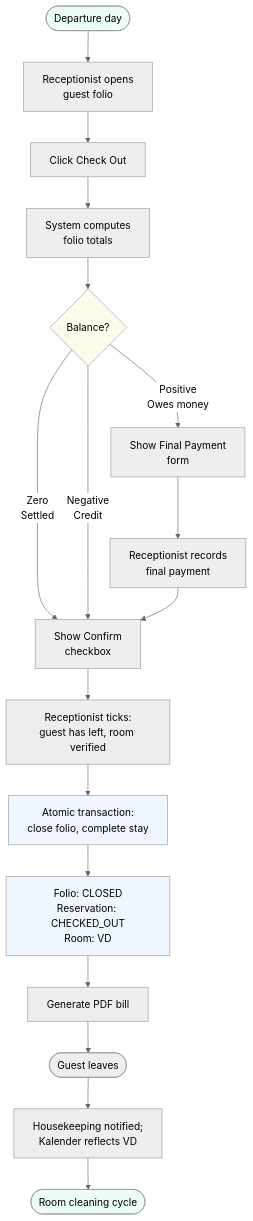
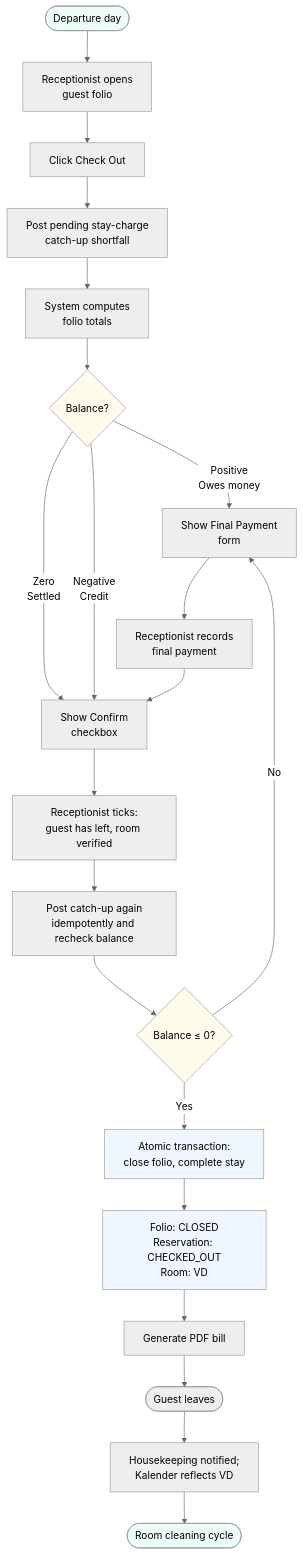
The fifth of 9 diagrams in docs/business_process_mvp.md (nurmareko/zadd-hotel-pms), drawn with Mermaid (neutral theme) before and after one commit. The commit also changed other lines of this file and 3 other files, not shown here.

````diff
--- a/docs/business_process_mvp.md
+++ b/docs/business_process_mvp.md
@@ -153,28 +153,33 @@
 ```mermaid
 flowchart TD
     A([Departure day]) --> B[Receptionist opens<br/>guest folio]
     B --> C[Click Check Out]
-    C --> D[System computes<br/>folio totals]
-    D --> E{Balance?}
+    C --> D[Post pending stay-charge<br/>catch-up shortfall]
+    D --> E[System computes<br/>folio totals]
+    E --> F{Balance?}
 
-    E -->|Positive<br/>Owes money| F[Show Final Payment<br/>form]
-    E -->|Zero<br/>Settled| H[Show Confirm<br/>checkbox]
-    E -->|Negative<br/>Credit| H
+    F -->|Positive<br/>Owes money| G[Show Final Payment<br/>form]
+    F -->|Zero<br/>Settled| I[Show Confirm<br/>checkbox]
+    F -->|Negative<br/>Credit| I
 
-    F --> G[Receptionist records<br/>final payment]
-    G --> H
+    G --> H[Receptionist records<br/>final payment]
+    H --> I
 
-    H --> I[Receptionist ticks:<br/>guest has left, room verified]
-    I --> J[Atomic transaction:<br/>close folio, complete stay]
-    J --> K[Folio: CLOSED<br/>Reservation: CHECKED_OUT<br/>Room: VD]
-    K --> L[Generate PDF bill]
-    L --> M([Guest leaves])
-    M --> N[Housekeeping notified;<br/>Kalender reflects VD]
-    N --> O([Room cleaning cycle])
+    I --> J[Receptionist ticks:<br/>guest has left, room verified]
+    J --> K[Post catch-up again<br/>idempotently and recheck balance]
+    K --> L{Balance ≤ 0?}
+    L -->|No| G
+    L -->|Yes| M[Atomic transaction:<br/>close folio, complete stay]
+    M --> N[Folio: CLOSED<br/>Reservation: CHECKED_OUT<br/>Room: VD]
+    N --> O[Generate PDF bill]
+    O --> P([Guest leaves])
+    P --> Q[Housekeeping notified;<br/>Kalender reflects VD]
+    Q --> R([Room cleaning cycle])
 
     style A fill:#ecfdf5
-    style E fill:#fffbeb
-    style J fill:#eff6ff
-    style K fill:#eff6ff
-    style O fill:#ecfdf5
+    style F fill:#fffbeb
+    style L fill:#fffbeb
+    style M fill:#eff6ff
+    style N fill:#eff6ff
+    style R fill:#ecfdf5
 ```
````
